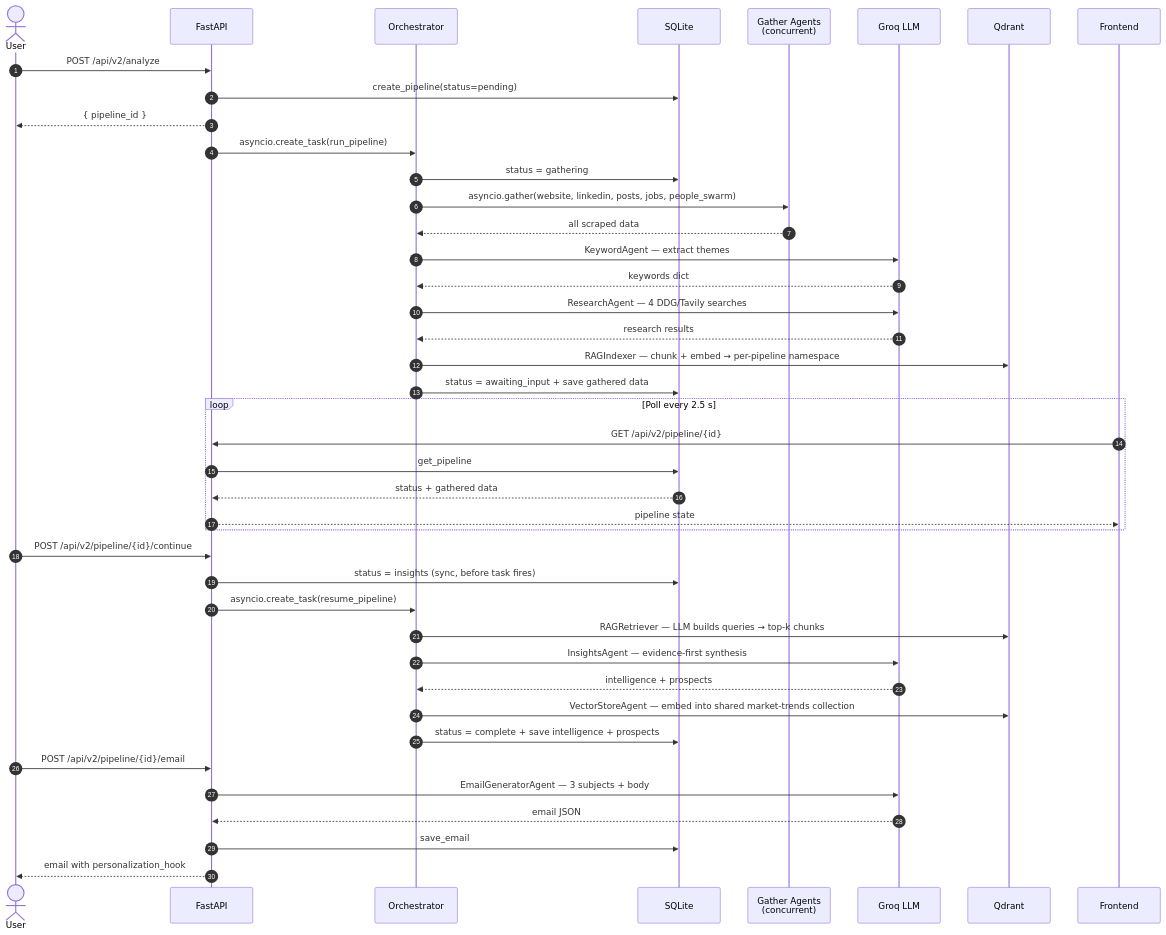
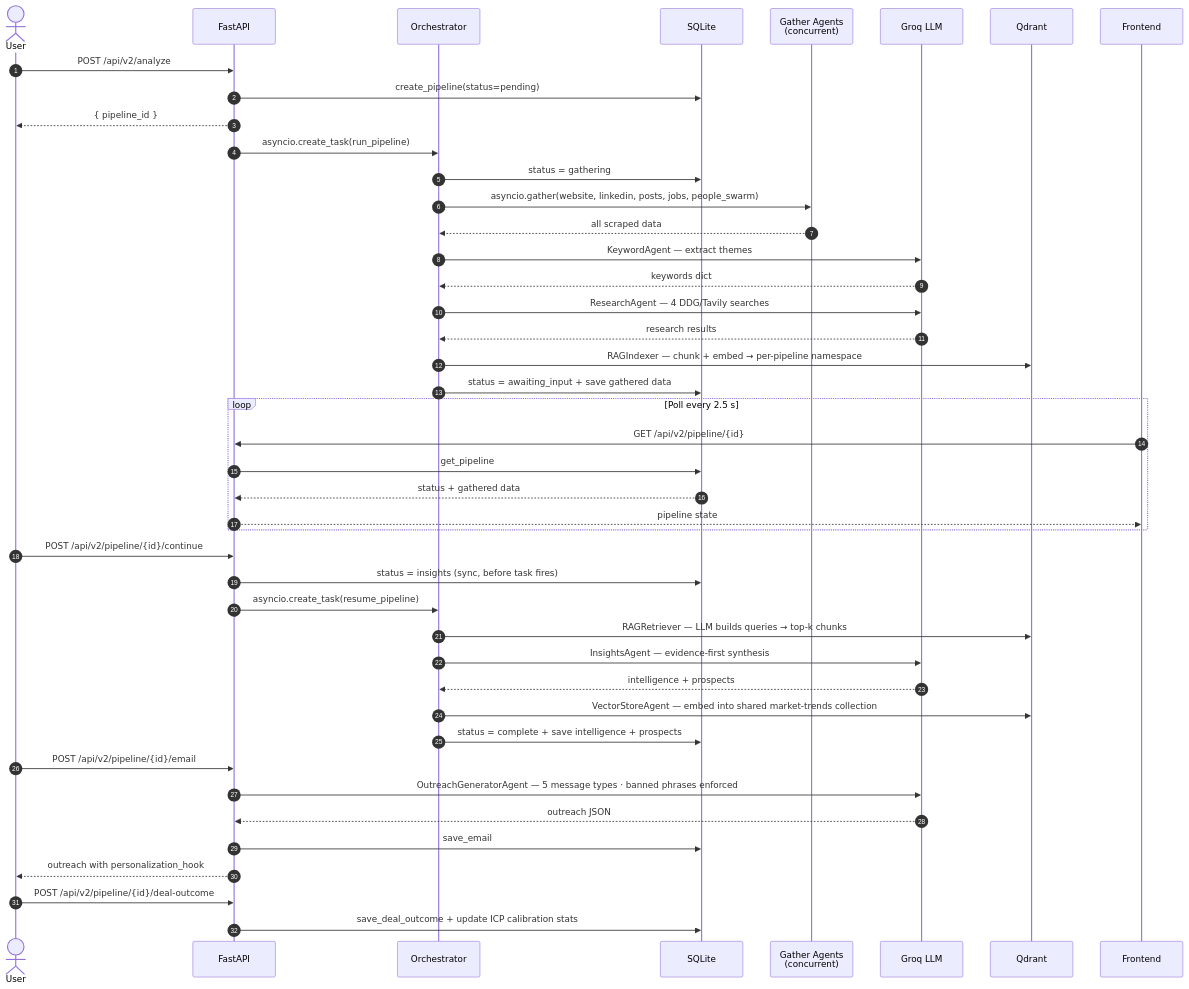
One commit to manideepsp/BDDev changed the third of 6 diagrams in README.md. Above: the diagram before and after it, drawn with Mermaid. The commit also changed other lines of this file, not shown here.

Commit message:
docs: update README with auth, 5-type outreach, deal outcomes, design system

````diff
--- a/README.md
+++ b/README.md
@@ -129,54 +133,57 @@
 ```mermaid
 sequenceDiagram
     autonumber
     actor User
     participant API as FastAPI
     participant Orch as Orchestrator
     participant DB as SQLite
     participant Gather as Gather Agents<br/>(concurrent)
     participant LLM as Groq LLM
     participant QD as Qdrant
     participant UI as Frontend
 
     User->>API: POST /api/v2/analyze
     API->>DB: create_pipeline(status=pending)
     API-->>User: { pipeline_id }
     API->>Orch: asyncio.create_task(run_pipeline)
 
     Orch->>DB: status = gathering
     Orch->>Gather: asyncio.gather(website, linkedin, posts, jobs, people_swarm)
     Gather-->>Orch: all scraped data
 
     Orch->>LLM: KeywordAgent — extract themes
     LLM-->>Orch: keywords dict
 
     Orch->>LLM: ResearchAgent — 4 DDG/Tavily searches
     LLM-->>Orch: research results
 
     Orch->>QD: RAGIndexer — chunk + embed → per-pipeline namespace
     Orch->>DB: status = awaiting_input + save gathered data
 
     loop Poll every 2.5 s
         UI->>API: GET /api/v2/pipeline/{id}
         API->>DB: get_pipeline
         DB-->>API: status + gathered data
         API-->>UI: pipeline state
     end
 
     User->>API: POST /api/v2/pipeline/{id}/continue
     API->>DB: status = insights (sync, before task fires)
     API->>Orch: asyncio.create_task(resume_pipeline)
 
     Orch->>QD: RAGRetriever — LLM builds queries → top-k chunks
     Orch->>LLM: InsightsAgent — evidence-first synthesis
     LLM-->>Orch: intelligence + prospects
 
     Orch->>QD: VectorStoreAgent — embed into shared market-trends collection
     Orch->>DB: status = complete + save intelligence + prospects
 
     User->>API: POST /api/v2/pipeline/{id}/email
-    API->>LLM: EmailGeneratorAgent — 3 subjects + body
-    LLM-->>API: email JSON
+    API->>LLM: OutreachGeneratorAgent — 5 message types · banned phrases enforced
+    LLM-->>API: outreach JSON
     API->>DB: save_email
-    API-->>User: email with personalization_hook
+    API-->>User: outreach with personalization_hook
+
+    User->>API: POST /api/v2/pipeline/{id}/deal-outcome
+    API->>DB: save_deal_outcome + update ICP calibration stats
 ```
````
